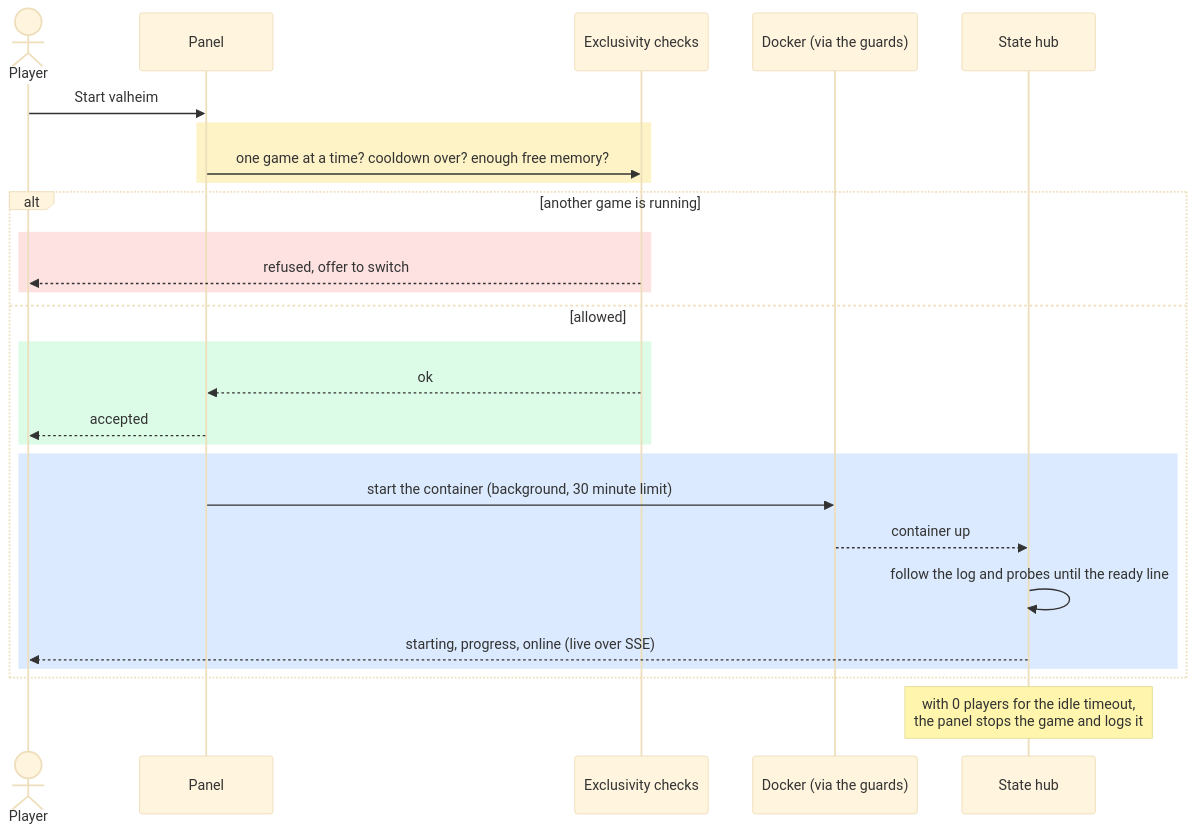
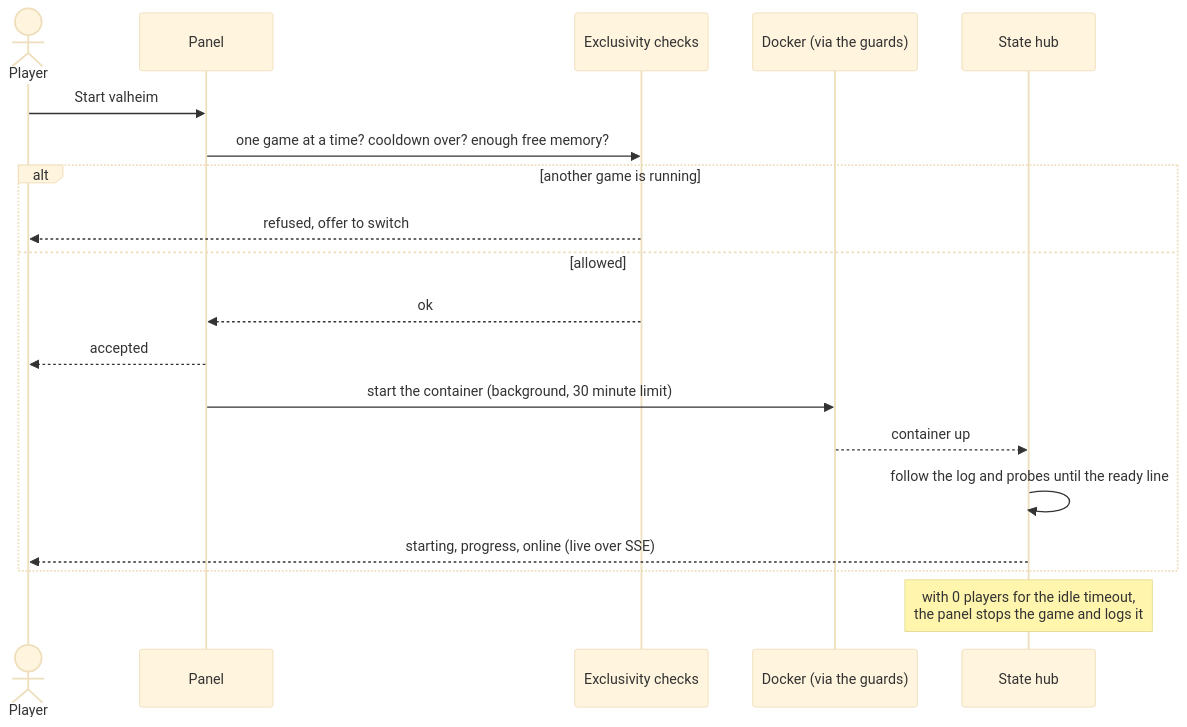
Before and after one commit to fiddler110/CrowsNest: the second of 3 diagrams in README.md, drawn with Mermaid (base theme).

Commit message:
README: plain Start sequence diagram (#34)

````diff
--- a/README.md
+++ b/README.md
@@ -65,29 +65,21 @@
 ```mermaid
 sequenceDiagram
     actor U as Player
     participant P as Panel
     participant X as Exclusivity checks
     participant D as Docker (via the guards)
     participant H as State hub
     U->>P: Start valheim
-    rect rgb(254, 243, 199)
     P->>X: one game at a time? cooldown over? enough free memory?
-    end
     alt another game is running
-        rect rgb(254, 226, 226)
         X-->>U: refused, offer to switch
-        end
     else allowed
-        rect rgb(220, 252, 231)
         X-->>P: ok
         P-->>U: accepted
-        end
-        rect rgb(219, 234, 254)
         P->>D: start the container (background, 30 minute limit)
         D-->>H: container up
         H->>H: follow the log and probes until the ready line
         H-->>U: starting, progress, online (live over SSE)
-        end
     end
     Note over H: with 0 players for the idle timeout,<br/>the panel stops the game and logs it
 ```
````
